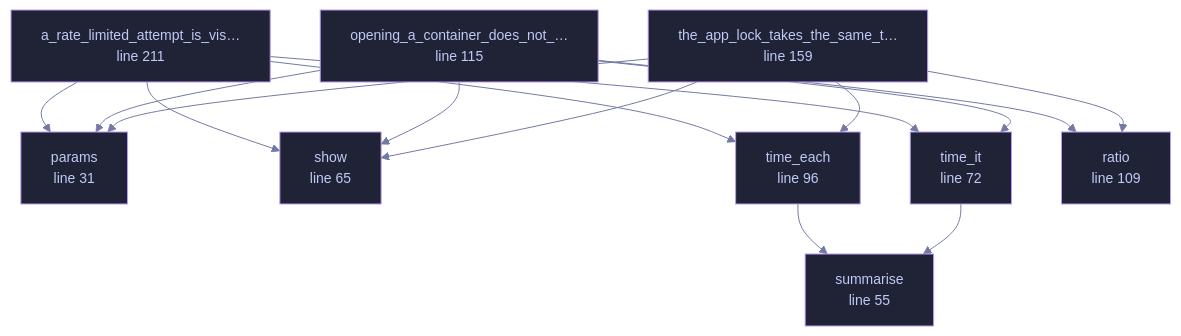
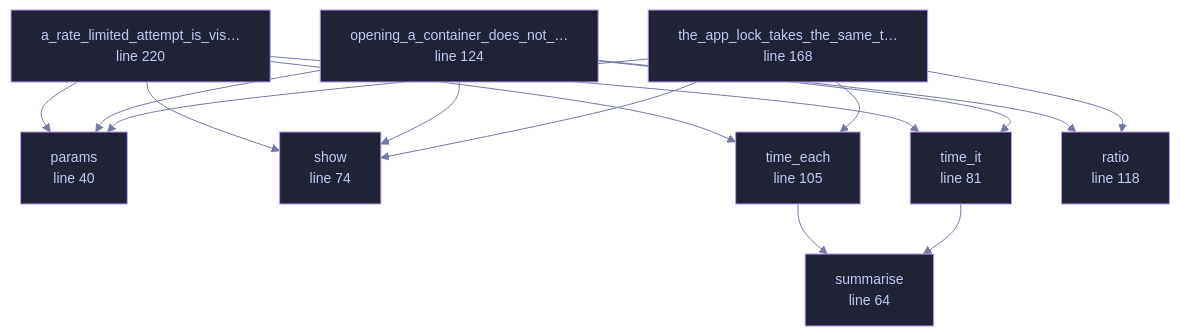
The diagram in wiki/File-veilvoice-crypto-tests-timing.md (tilas01/veilvoice), drawn with Mermaid before and after one commit. The commit also changed other lines of this file and 487 other files, not shown here.

````diff
--- a/wiki/File-veilvoice-crypto-tests-timing.md
+++ b/wiki/File-veilvoice-crypto-tests-timing.md
@@ -55,38 +65,38 @@
 ```mermaid
 %%{init: {"theme":"base","themeVariables":{"background":"#1a1b26","primaryColor":"#1f2335","primaryTextColor":"#c0caf5","primaryBorderColor":"#7aa2f7","secondaryColor":"#16161e","tertiaryColor":"#16161e","lineColor":"#737aa2","textColor":"#c0caf5","mainBkg":"#1f2335","nodeBorder":"#7aa2f7","clusterBkg":"#16161e","clusterBorder":"#2f3549","fontFamily":"ui-monospace, SFMono-Regular, Consolas, monospace","fontSize":"14px"}}}%%
 flowchart TD
-    n_params["params<br/>line 31"]
-    n_summarise["summarise<br/>line 55"]
-    n_show["show<br/>line 65"]
-    n_time_it["time_it<br/>line 72"]
-    n_time_each["time_each<br/>line 96"]
-    n_ratio["ratio<br/>line 109"]
-    n_opening_a_container_does_not_leak_how_much_of_the_password_was_right["opening_a_container_does_not_…<br/>line 115"]
-    n_the_app_lock_takes_the_same_time_whether_or_not_the_password_is_right["the_app_lock_takes_the_same_t…<br/>line 159"]
-    n_a_rate_limited_attempt_is_visibly_cheaper_and_that_is_intended["a_rate_limited_attempt_is_vis…<br/>line 211"]
+    n_params["params<br/>line 40"]
+    n_summarise["summarise<br/>line 64"]
+    n_show["show<br/>line 74"]
+    n_time_it["time_it<br/>line 81"]
+    n_time_each["time_each<br/>line 105"]
+    n_ratio["ratio<br/>line 118"]
+    n_opening_a_container_does_not_leak_how_much_of_the_password_was_right["opening_a_container_does_not_…<br/>line 124"]
+    n_the_app_lock_takes_the_same_time_whether_or_not_the_password_is_right["the_app_lock_takes_the_same_t…<br/>line 168"]
+    n_a_rate_limited_attempt_is_visibly_cheaper_and_that_is_intended["a_rate_limited_attempt_is_vis…<br/>line 220"]
     n_a_rate_limited_attempt_is_visibly_cheaper_and_that_is_intended --> n_params
     n_a_rate_limited_attempt_is_visibly_cheaper_and_that_is_intended --> n_show
     n_a_rate_limited_attempt_is_visibly_cheaper_and_that_is_intended --> n_time_each
     n_a_rate_limited_attempt_is_visibly_cheaper_and_that_is_intended --> n_time_it
     n_opening_a_container_does_not_leak_how_much_of_the_password_was_right --> n_params
     n_opening_a_container_does_not_leak_how_much_of_the_password_was_right --> n_ratio
     n_opening_a_container_does_not_leak_how_much_of_the_password_was_right --> n_show
     n_opening_a_container_does_not_leak_how_much_of_the_password_was_right --> n_time_it
     n_the_app_lock_takes_the_same_time_whether_or_not_the_password_is_right --> n_params
     n_the_app_lock_takes_the_same_time_whether_or_not_the_password_is_right --> n_ratio
     n_the_app_lock_takes_the_same_time_whether_or_not_the_password_is_right --> n_show
     n_the_app_lock_takes_the_same_time_whether_or_not_the_password_is_right --> n_time_each
     n_time_each --> n_summarise
     n_time_it --> n_summarise
-    click n_params href "https://github.com/tilas01/veilvoice/blob/main/crates/veilvoice-crypto/tests/timing.rs#L31" "open the source"
-    click n_summarise href "https://github.com/tilas01/veilvoice/blob/main/crates/veilvoice-crypto/tests/timing.rs#L55" "open the source"
-    click n_show href "https://github.com/tilas01/veilvoice/blob/main/crates/veilvoice-crypto/tests/timing.rs#L65" "open the source"
-    click n_time_it href "https://github.com/tilas01/veilvoice/blob/main/crates/veilvoice-crypto/tests/timing.rs#L72" "open the source"
-    click n_time_each href "https://github.com/tilas01/veilvoice/blob/main/crates/veilvoice-crypto/tests/timing.rs#L96" "open the source"
-    click n_ratio href "https://github.com/tilas01/veilvoice/blob/main/crates/veilvoice-crypto/tests/timing.rs#L109" "open the source"
-    click n_opening_a_container_does_not_leak_how_much_of_the_password_was_right href "https://github.com/tilas01/veilvoice/blob/main/crates/veilvoice-crypto/tests/timing.rs#L115" "open the source"
-    click n_the_app_lock_takes_the_same_time_whether_or_not_the_password_is_right href "https://github.com/tilas01/veilvoice/blob/main/crates/veilvoice-crypto/tests/timing.rs#L159" "open the source"
-    click n_a_rate_limited_attempt_is_visibly_cheaper_and_that_is_intended href "https://github.com/tilas01/veilvoice/blob/main/crates/veilvoice-crypto/tests/timing.rs#L211" "open the source"
+    click n_params href "https://github.com/tilas01/veilvoice/blob/main/crates/veilvoice-crypto/tests/timing.rs#L40" "open the source"
+    click n_summarise href "https://github.com/tilas01/veilvoice/blob/main/crates/veilvoice-crypto/tests/timing.rs#L64" "open the source"
+    click n_show href "https://github.com/tilas01/veilvoice/blob/main/crates/veilvoice-crypto/tests/timing.rs#L74" "open the source"
+    click n_time_it href "https://github.com/tilas01/veilvoice/blob/main/crates/veilvoice-crypto/tests/timing.rs#L81" "open the source"
+    click n_time_each href "https://github.com/tilas01/veilvoice/blob/main/crates/veilvoice-crypto/tests/timing.rs#L105" "open the source"
+    click n_ratio href "https://github.com/tilas01/veilvoice/blob/main/crates/veilvoice-crypto/tests/timing.rs#L118" "open the source"
+    click n_opening_a_container_does_not_leak_how_much_of_the_password_was_right href "https://github.com/tilas01/veilvoice/blob/main/crates/veilvoice-crypto/tests/timing.rs#L124" "open the source"
+    click n_the_app_lock_takes_the_same_time_whether_or_not_the_password_is_right href "https://github.com/tilas01/veilvoice/blob/main/crates/veilvoice-crypto/tests/timing.rs#L168" "open the source"
+    click n_a_rate_limited_attempt_is_visibly_cheaper_and_that_is_intended href "https://github.com/tilas01/veilvoice/blob/main/crates/veilvoice-crypto/tests/timing.rs#L220" "open the source"
     classDef helper fill:#1f2335,stroke:#bb9af7,color:#c0caf5
     class n_params,n_summarise,n_show,n_time_it,n_time_each,n_ratio,n_opening_a_container_does_not_leak_how_much_of_the_password_was_right,n_the_app_lock_takes_the_same_time_whether_or_not_the_password_is_right,n_a_rate_limited_attempt_is_visibly_cheaper_and_that_is_intended helper
 ```
````
